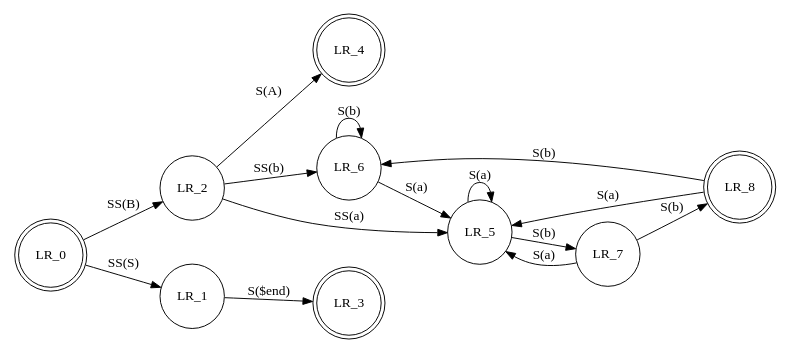
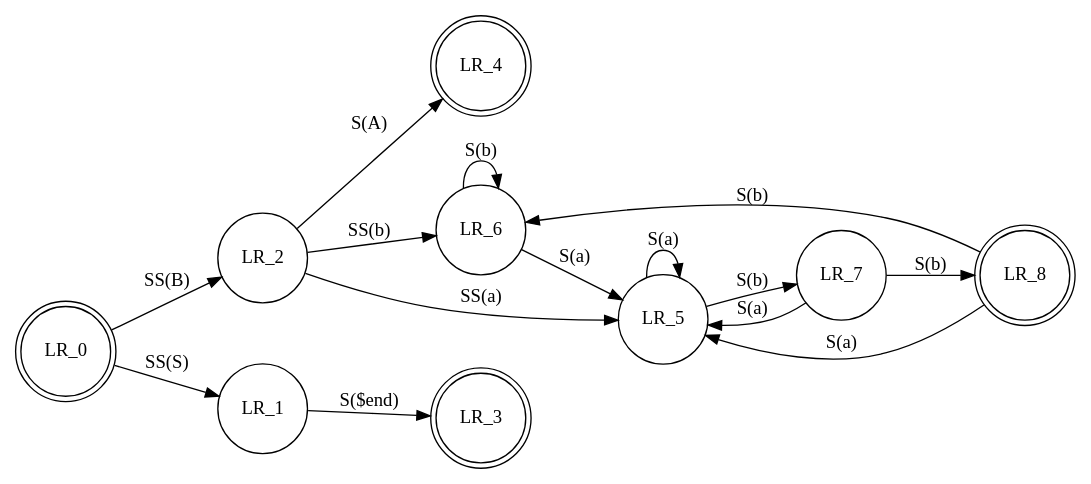
One commit to jpablo/graph-explorer changed the diagram in viewer/src/main/resources/examples/finite-state-machine.dot. Above: the diagram before and after it, drawn with Graphviz. The commit also changed 5 other files, not shown here.

```diff
--- a/viewer/src/main/resources/examples/finite-state-machine.dot
+++ b/viewer/src/main/resources/examples/finite-state-machine.dot
@@ -1,20 +1,39 @@
-digraph finite_state_machine {
-    rankdir = LR;
-    size = "8,5"
-    node [shape = doublecircle]; LR_0 LR_3 LR_4 LR_8;
-    node [shape = circle];
-    LR_0 -> LR_2 [label = "SS(B)"];
-    LR_0 -> LR_1 [label = "SS(S)"];
-    LR_1 -> LR_3 [label = "S($end)"];
-    LR_2 -> LR_6 [label = "SS(b)"];
-    LR_2 -> LR_5 [label = "SS(a)"];
-    LR_2 -> LR_4 [label = "S(A)"];
-    LR_5 -> LR_7 [label = "S(b)"];
-    LR_5 -> LR_5 [label = "S(a)"];
-    LR_6 -> LR_6 [label = "S(b)"];
-    LR_6 -> LR_5 [label = "S(a)"];
-    LR_7 -> LR_8 [label = "S(b)"];
-    LR_7 -> LR_5 [label = "S(a)"];
-    LR_8 -> LR_6 [label = "S(b)"];
-    LR_8 -> LR_5 [label = "S(a)"];
+digraph "finite_state_machine" {
+    graph [rankdir="LR"];
+    node [shape="circle"];
+    "LR_2" [label="LR_2"];
+    "LR_1" [label="LR_1"];
+    "LR_6" [label="LR_6"];
+    "LR_5" [label="LR_5"];
+    "LR_7" [label="LR_7"];
+    "LR_0" [
+        peripheries="2",
+        label="LR_0"
+    ];
+    "LR_3" [
+        peripheries="2",
+        label="LR_3"
+    ];
+    "LR_4" [
+        peripheries="2",
+        label="LR_4"
+    ];
+    "LR_8" [
+        peripheries="2",
+        label="LR_8"
+    ];
+    "LR_7" -> "LR_5" [label="S(a)"];
+    "LR_2" -> "LR_5" [label="SS(a)"];
+    "LR_5" -> "LR_7" [label="S(b)"];
+    "LR_1" -> "LR_3" [label="S($end)"];
+    "LR_8" -> "LR_5" [label="S(a)"];
+    "LR_0" -> "LR_1" [label="SS(S)"];
+    "LR_5" -> "LR_5" [label="S(a)"];
+    "LR_0" -> "LR_2" [label="SS(B)"];
+    "LR_8" -> "LR_6" [label="S(b)"];
+    "LR_6" -> "LR_5" [label="S(a)"];
+    "LR_7" -> "LR_8" [label="S(b)"];
+    "LR_2" -> "LR_6" [label="SS(b)"];
+    "LR_2" -> "LR_4" [label="S(A)"];
+    "LR_6" -> "LR_6" [label="S(b)"];
 }
```
